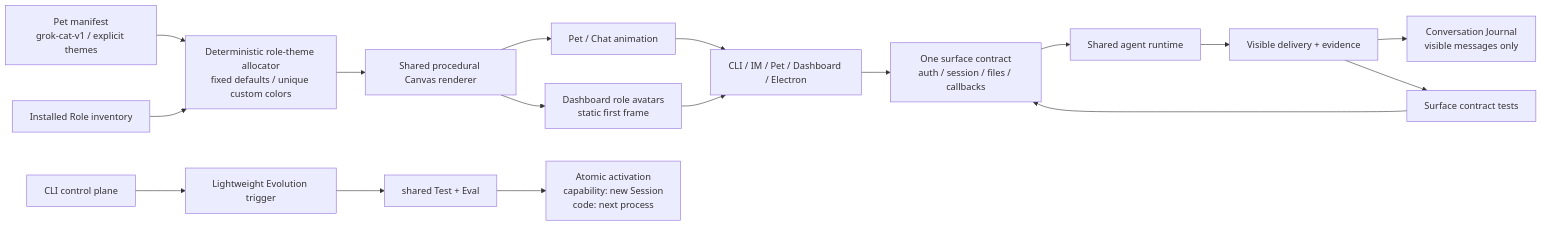
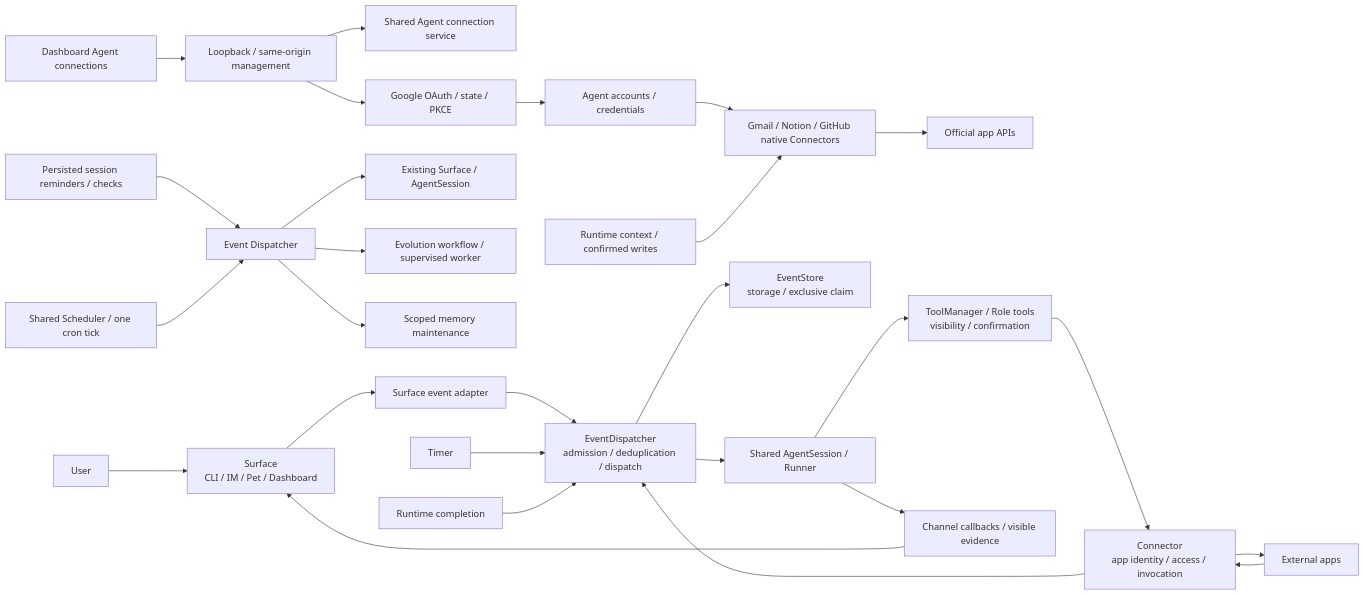
One commit to fightheyyy/xiaobaOS changed the second of 2 diagrams in docs/surface/SPEC.md. Above: the diagram before and after it, drawn with Mermaid. The commit also changed other lines of this file and 129 other files, not shown here.

Commit message:
feat: add personal agent events, memory, connectors and sandbox runtime

````diff
--- a/docs/surface/SPEC.md
+++ b/docs/surface/SPEC.md
@@ -66,19 +88,29 @@
 ```mermaid
 flowchart LR
-    PetManifest["Pet manifest<br/>grok-cat-v1 / explicit themes"] --> ThemeAllocator["Deterministic role-theme allocator<br/>fixed defaults / unique custom colors"]
-    RoleInventory["Installed Role inventory"] --> ThemeAllocator
-    ThemeAllocator --> PetRenderer["Shared procedural Canvas renderer"]
-    PetRenderer --> PetViews["Pet / Chat animation"]
-    PetRenderer --> RoleAvatars["Dashboard role avatars<br/>static first frame"]
-    PetViews --> Entrypoints
-    RoleAvatars --> Entrypoints
-    Entrypoints["CLI / IM / Pet / Dashboard / Electron"] --> Contract["One surface contract<br/>auth / session / files / callbacks"]
-    Contract --> Runtime["Shared agent runtime"]
-    Runtime --> Delivery["Visible delivery + evidence"]
-    Delivery --> Conversation["Conversation Journal<br/>visible messages only"]
-    Delivery --> Verify["Surface contract tests"]
-    Verify --> Contract
-    CLI["CLI control plane"] --> Evolution["Lightweight Evolution trigger"]
-    Evolution --> TestEval["shared Test + Eval"]
-    TestEval --> Activate["Atomic activation<br/>capability: new Session<br/>code: next process"]
+    ConnectorPage["Dashboard Agent connections"] --> LocalAdmin["Loopback / same-origin management"]
+    LocalAdmin --> AppService["Shared Agent connection service"]
+    LocalAdmin --> OAuth["Google OAuth / state / PKCE"]
+    OAuth --> AgentResources
+    AgentResources["Agent accounts / credentials"] --> AppConnectors["Gmail / Notion / GitHub native Connectors"]
+    AppConnectors --> OfficialAPIs["Official app APIs"]
+    RequestPolicy["Runtime context / confirmed writes"] --> AppConnectors
+    SessionTimer["Persisted session reminders / checks"] --> ScheduledEvents
+    ScheduledEvents --> SessionWake["Existing Surface / AgentSession"]
+    DailyScheduler["Shared Scheduler / one cron tick"] --> ScheduledEvents["Event Dispatcher"]
+    ScheduledEvents --> EvolutionConsumer["Evolution workflow / supervised worker"]
+    ScheduledEvents --> MemoryConsumer["Scoped memory maintenance"]
+    User["User"] --> Surface["Surface<br/>CLI / IM / Pet / Dashboard"]
+    Surface --> Adapter["Surface event adapter"]
+    Adapter --> Event["EventDispatcher<br/>admission / deduplication / dispatch"]
+    Event --> Store["EventStore<br/>storage / exclusive claim"]
+    Timer["Timer"] --> Event
+    Completion["Runtime completion"] --> Event
+    Apps["External apps"] --> Connector["Connector<br/>app identity / access / invocation"]
+    Connector --> Event
+    Event --> Runtime["Shared AgentSession / Runner"]
+    Runtime --> Tools["ToolManager / Role tools<br/>visibility / confirmation"]
+    Tools --> Connector
+    Connector --> Apps
+    Runtime --> Delivery["Channel callbacks / visible evidence"]
+    Delivery --> Surface
 ```
````
